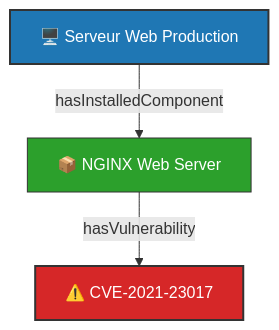
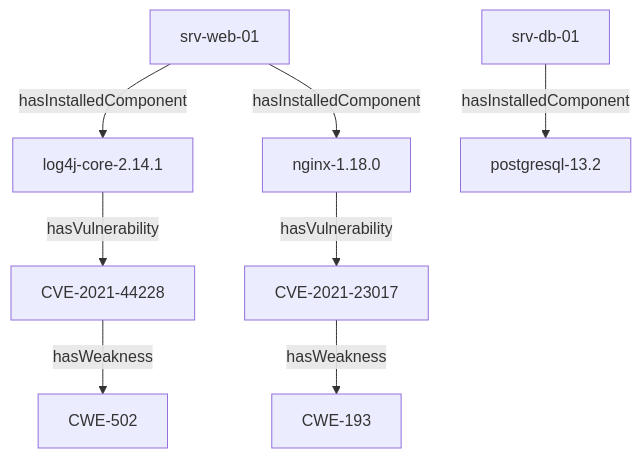
One commit to AlbanLher/Dkg-cybersec changed the diagram in 12-Donnees/ABox_init/ABox_Cybersec.md. Above: the diagram before and after it, drawn with Mermaid. The commit also changed other lines of this file and 26 other files, not shown here.

````diff
--- a/12-Donnees/ABox_init/ABox_Cybersec.md
+++ b/12-Donnees/ABox_init/ABox_Cybersec.md
@@ -10,11 +16,10 @@
 ```mermaid
 graph TD
-    classDef assetStyle fill:#1f77b4,color:#fff,stroke:#333,stroke-width:2px;
-    classDef softStyle fill:#2ca02c,color:#fff,stroke:#333,stroke-width:1px;
-    classDef vulnStyle fill:#d62728,color:#fff,stroke:#333,stroke-width:2px;
-    srv-web-01["🖥️ Serveur Web Production"]:::assetStyle
-    sw-nginx-1201["📦 NGINX Web Server"]:::softStyle
-    srv-web-01 -->|hasInstalledComponent| sw-nginx-1201
-    CVE-2021-23017["⚠️ CVE-2021-23017"]:::vulnStyle
-    sw-nginx-1201 -->|hasVulnerability| CVE-2021-23017
+    srv-web-01 -->|hasInstalledComponent| log4j-core-2.14.1
+    srv-web-01 -->|hasInstalledComponent| nginx-1.18.0
+    srv-db-01 -->|hasInstalledComponent| postgresql-13.2
+    log4j-core-2.14.1 -->|hasVulnerability| CVE-2021-44228
+    nginx-1.18.0 -->|hasVulnerability| CVE-2021-23017
+    CVE-2021-44228 -->|hasWeakness| CWE-502
+    CVE-2021-23017 -->|hasWeakness| CWE-193
 ```
````
